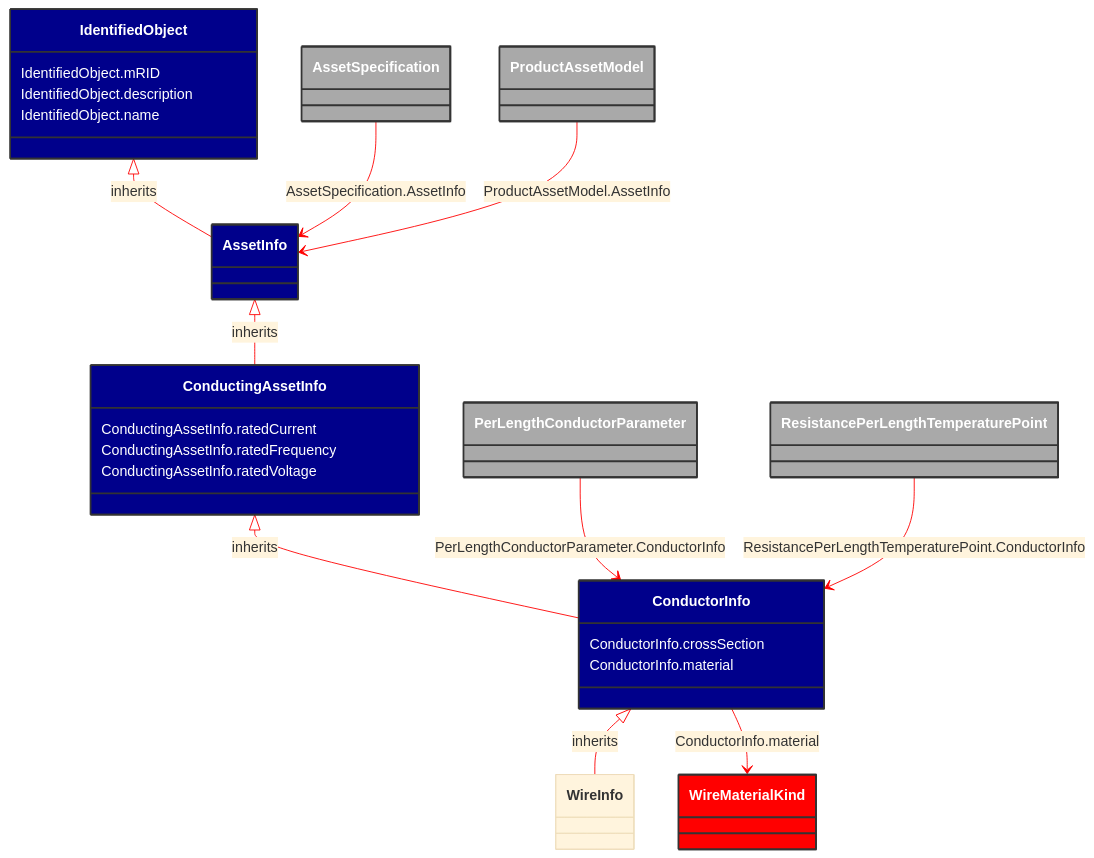
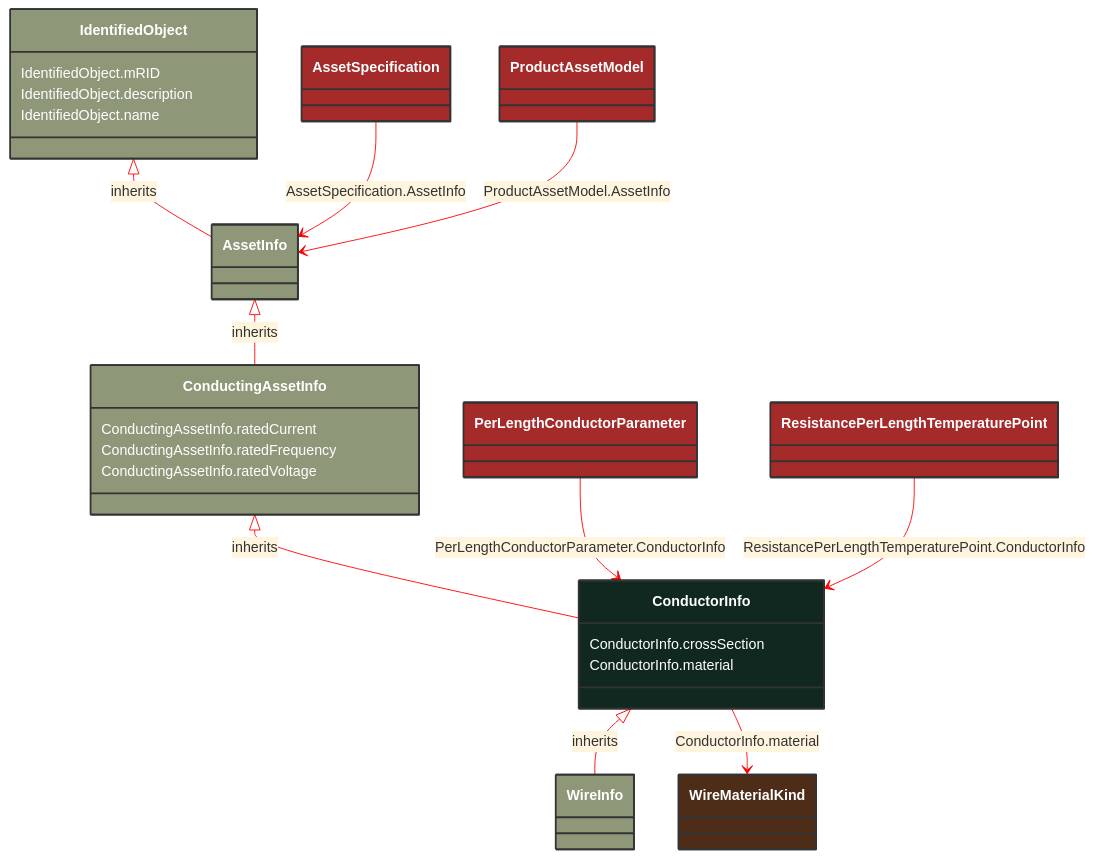
One commit to 3lbits/NoCIMExtensions changed the diagram in docs/Models/Profiles/SubseaCableInfo/AbstractClasses/ConductorInfo.md. Above: the diagram before and after it, drawn with Mermaid. The commit also changed 190 other files, not shown here.

````diff
--- a/docs/Models/Profiles/SubseaCableInfo/AbstractClasses/ConductorInfo.md
+++ b/docs/Models/Profiles/SubseaCableInfo/AbstractClasses/ConductorInfo.md
@@ -10,67 +10,65 @@
 ```mermaid
 %%{init: {'theme':'base','themeVariables': {'lineColor': '#FF0000'}}}%%
 classDiagram
     class ConductorInfo
     click ConductorInfo href "/Models/Profiles/SubseaCableInfo/AbstractClasses/ConductorInfo/"
-    style ConductorInfo fill:#006400,stroke:#333,stroke-width:2px,rx:10,ry:10,color:white
+    style ConductorInfo fill:#102820,stroke:#333,stroke-width:2px,rx:10,ry:10,color:white
 
         ConductorInfo <|-- WireInfo : inherits
-            click ConductorInfo href "/Models/Profiles/SubseaCableInfo/AbstractClasses/ConductorInfo/"
-            style ConductorInfo fill:#00008B,stroke:#333,stroke-width:2px,rx:10,ry:10,color:white
 
         WireInfo
             click WireInfo href "/Models/Profiles/SubseaCableInfo/AbstractClasses/WireInfo/"
-            style ConductorInfo fill:#00008B,stroke:#333,stroke-width:2px,rx:10,ry:10,color:white
-
+            style WireInfo fill:#8F9779,stroke:#333,stroke-width:2px,rx:10,ry:10,color:white
+     
         ConductingAssetInfo <|-- ConductorInfo : inherits
             click ConductingAssetInfo href "/Models/Profiles/SubseaCableInfo/AbstractClasses/ConductingAssetInfo/"
-            style ConductingAssetInfo fill:#00008B,stroke:#333,stroke-width:2px,rx:10,ry:10,color:white
-
+            style ConductingAssetInfo fill:#8F9779,stroke:#333,stroke-width:2px,rx:10,ry:10,color:white
+     
         AssetInfo <|-- ConductingAssetInfo : inherits
             click AssetInfo href "/Models/Profiles/SubseaCableInfo/AbstractClasses/AssetInfo/"
-            style AssetInfo fill:#00008B,stroke:#333,stroke-width:2px,rx:10,ry:10,color:white
-
+            style AssetInfo fill:#8F9779,stroke:#333,stroke-width:2px,rx:10,ry:10,color:white
+     
         IdentifiedObject <|-- AssetInfo : inherits
             click IdentifiedObject href "/Models/Profiles/SubseaCableInfo/AbstractClasses/IdentifiedObject/"
-            style IdentifiedObject fill:#00008B,stroke:#333,stroke-width:2px,rx:10,ry:10,color:white
+            style IdentifiedObject fill:#8F9779,stroke:#333,stroke-width:2px,rx:10,ry:10,color:white
 
 
         AssetSpecification --> AssetInfo : AssetSpecification.AssetInfo
 
         AssetSpecification
             click AssetSpecification href "/Models/Profiles/SubseaCableInfo/ConcreteClasses/AssetSpecification/"
-            style AssetSpecification fill:#A9A9A9,stroke:#333,stroke-width:2px,rx:10,ry:10,color:white
+            style AssetSpecification fill:#A52A2A,stroke:#333,stroke-width:2px,rx:10,ry:10,color:white
 
         PerLengthConductorParameter --> ConductorInfo : PerLengthConductorParameter.ConductorInfo
 
         PerLengthConductorParameter
             click PerLengthConductorParameter href "/Models/Profiles/SubseaCableInfo/AbstractClasses/PerLengthConductorParameter/"
-            style PerLengthConductorParameter fill:#A9A9A9,stroke:#333,stroke-width:2px,rx:10,ry:10,color:white
+            style PerLengthConductorParameter fill:#A52A2A,stroke:#333,stroke-width:2px,rx:10,ry:10,color:white
 
         ProductAssetModel --> AssetInfo : ProductAssetModel.AssetInfo
 
         ProductAssetModel
             click ProductAssetModel href "/Models/Profiles/SubseaCableInfo/ConcreteClasses/ProductAssetModel/"
-            style ProductAssetModel fill:#A9A9A9,stroke:#333,stroke-width:2px,rx:10,ry:10,color:white
+            style ProductAssetModel fill:#A52A2A,stroke:#333,stroke-width:2px,rx:10,ry:10,color:white
 
         ResistancePerLengthTemperaturePoint --> ConductorInfo : ResistancePerLengthTemperaturePoint.ConductorInfo
 
         ResistancePerLengthTemperaturePoint
             click ResistancePerLengthTemperaturePoint href "/Models/Profiles/SubseaCableInfo/ConcreteClasses/ResistancePerLengthTemperaturePoint/"
-            style ResistancePerLengthTemperaturePoint fill:#A9A9A9,stroke:#333,stroke-width:2px,rx:10,ry:10,color:white
+            style ResistancePerLengthTemperaturePoint fill:#A52A2A,stroke:#333,stroke-width:2px,rx:10,ry:10,color:white
 
         ConductorInfo --> WireMaterialKind : ConductorInfo.material
 
         WireMaterialKind
             click WireMaterialKind href "/Models/Profiles/SubseaCableInfo/Enumerations/WireMaterialKind/"
-            style WireMaterialKind fill:#FF0000,stroke:#333,stroke-width:2px,rx:10,ry:10,color:white
+            style WireMaterialKind fill:#4D2D18,stroke:#333,stroke-width:2px,rx:10,ry:10,color:white
 
         ConductorInfo : ConductorInfo.crossSection
         ConductorInfo : ConductorInfo.material
         ConductingAssetInfo : ConductingAssetInfo.ratedCurrent
         ConductingAssetInfo : ConductingAssetInfo.ratedFrequency
         ConductingAssetInfo : ConductingAssetInfo.ratedVoltage
         IdentifiedObject : IdentifiedObject.mRID
         IdentifiedObject : IdentifiedObject.description
         IdentifiedObject : IdentifiedObject.name
 ```
````
